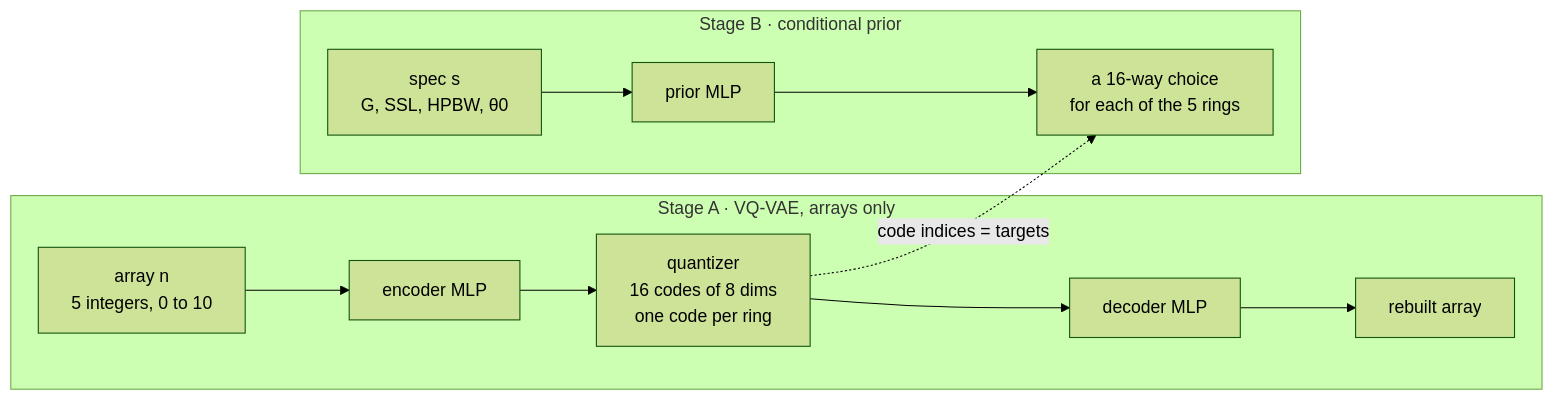
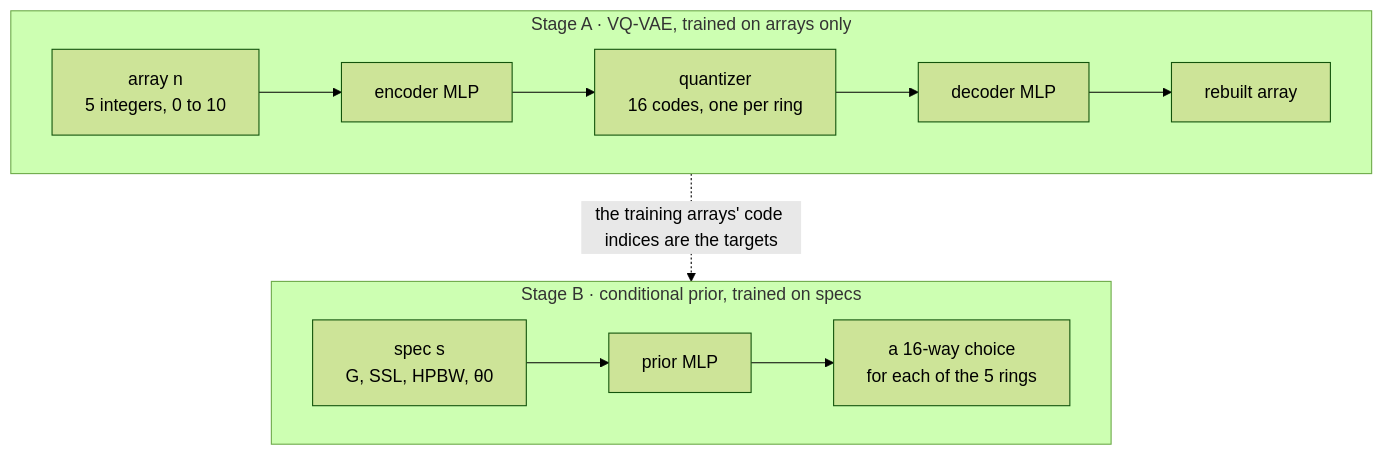
The diagram in README.md (ymhamdi/VQVAE-Antenna-Inverse-Design), drawn with Mermaid (forest theme) before and after one commit.

Commit message:
docs(readme): stack the two training stages in the Mermaid diagram
Side by side, GitHub scaled the diagram down until its labels were too
small to read.

````diff
--- a/README.md
+++ b/README.md
@@ -78,14 +78,12 @@
 ```mermaid
-flowchart LR
-  subgraph A["Stage A · VQ-VAE, arrays only"]
-    N["array n<br/>5 integers, 0 to 10"] --> E["encoder MLP"]
-    E --> Q["quantizer<br/>16 codes of 8 dims<br/>one code per ring"]
-    Q --> D["decoder MLP"]
-    D --> NH["rebuilt array"]
+flowchart TB
+  subgraph A["Stage A · VQ-VAE, trained on arrays only"]
+    direction LR
+    N["array n<br/>5 integers, 0 to 10"] --> E["encoder MLP"] --> Q["quantizer<br/>16 codes, one per ring"] --> D["decoder MLP"] --> NH["rebuilt array"]
   end
-  subgraph B["Stage B · conditional prior"]
-    S["spec s<br/>G, SSL, HPBW, θ0"] --> P["prior MLP"]
-    P --> K["a 16-way choice<br/>for each of the 5 rings"]
+  subgraph B["Stage B · conditional prior, trained on specs"]
+    direction LR
+    S["spec s<br/>G, SSL, HPBW, θ0"] --> P["prior MLP"] --> K["a 16-way choice<br/>for each of the 5 rings"]
   end
-  Q -. "code indices = targets" .-> K
+  A -. "the training arrays' code indices are the targets" .-> B
 ```
````
